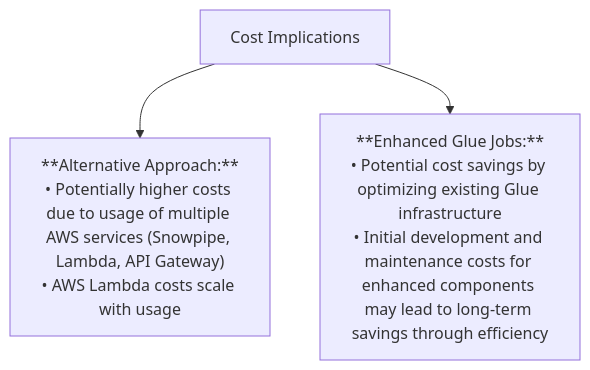
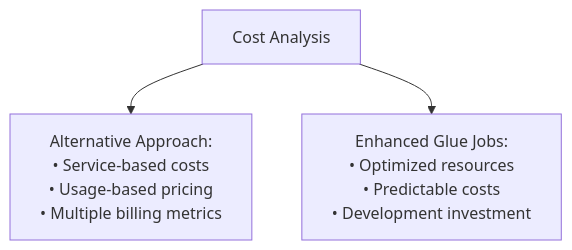
Diagram 12 of 17 in mermaid.md (veronelazio/wezterm), drawn with Mermaid before and after one commit. The commit also changed other lines of this file, not shown here.

````diff
--- a/mermaid.md
+++ b/mermaid.md
@@ -149,8 +117,5 @@
-``` mermaid
+```mermaid
 flowchart TD
-    %% Cost Implications
-    J1["Cost Implications"]
-    J1 --> J2["**Alternative Approach:**<br>• Potentially higher costs due to usage of multiple AWS services (Snowpipe, Lambda, API Gateway)<br>• AWS Lambda costs scale with usage"]
-    J1 --> J3["**Enhanced Glue Jobs:**<br>• Potential cost savings by optimizing existing Glue infrastructure<br>• Initial development and maintenance costs for enhanced components may lead to long-term savings through efficiency"]
-
+    J1["Cost Analysis"] --> J2["Alternative Approach:<br/>• Service-based costs<br/>• Usage-based pricing<br/>• Multiple billing metrics"]
+    J1 --> J3["Enhanced Glue Jobs:<br/>• Optimized resources<br/>• Predictable costs<br/>• Development investment"]
 ```
````
